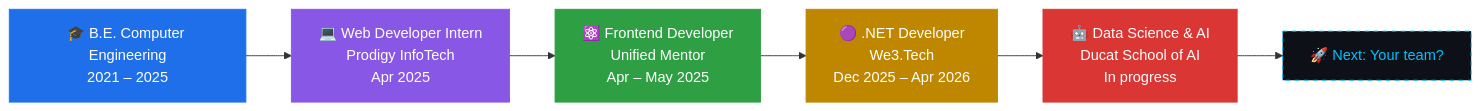
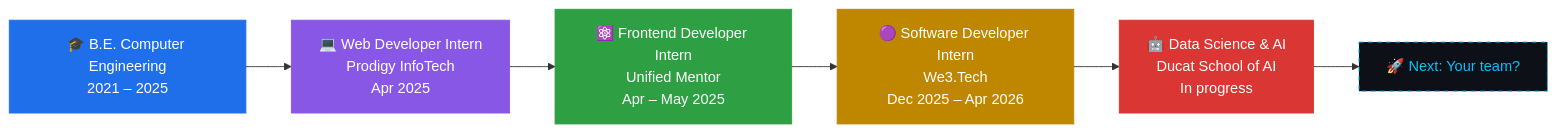
Before and after one commit to Ankit4511/Ankit4511: the first of 2 diagrams in README.md, drawn with Mermaid. The commit also changed other lines of this file, not shown here.

Commit message:
Update job titles in README.mdupd

````diff
--- a/README.md
+++ b/README.md
@@ -38,15 +38,15 @@
 ```mermaid
 flowchart LR
     A["🎓 B.E. Computer Engineering<br/>2021 – 2025"] --> B["💻 Web Developer Intern<br/>Prodigy InfoTech<br/>Apr 2025"]
-    B --> C["⚛️ Frontend Developer<br/>Unified Mentor<br/>Apr – May 2025"]
-    C --> D["🟣 .NET Developer<br/>We3.Tech<br/>Dec 2025 – Apr 2026"]
+    B --> C["⚛️ Frontend Developer Intern<br/>Unified Mentor<br/>Apr – May 2025"]
+    C --> D["🟣 Software Developer Intern<br/>We3.Tech<br/>Dec 2025 – Apr 2026"]
     D --> E["🤖 Data Science & AI<br/>Ducat School of AI<br/>In progress"]
     E --> F["🚀 Next: Your team?"]
 
     style A fill:#1f6feb,color:#fff,stroke:#1f6feb
     style B fill:#8957e5,color:#fff,stroke:#8957e5
     style C fill:#2ea043,color:#fff,stroke:#2ea043
     style D fill:#bf8700,color:#fff,stroke:#bf8700
     style E fill:#da3633,color:#fff,stroke:#da3633
     style F fill:#0d1117,color:#00c2ff,stroke:#00c2ff,stroke-dasharray: 5 5
 ```
````
